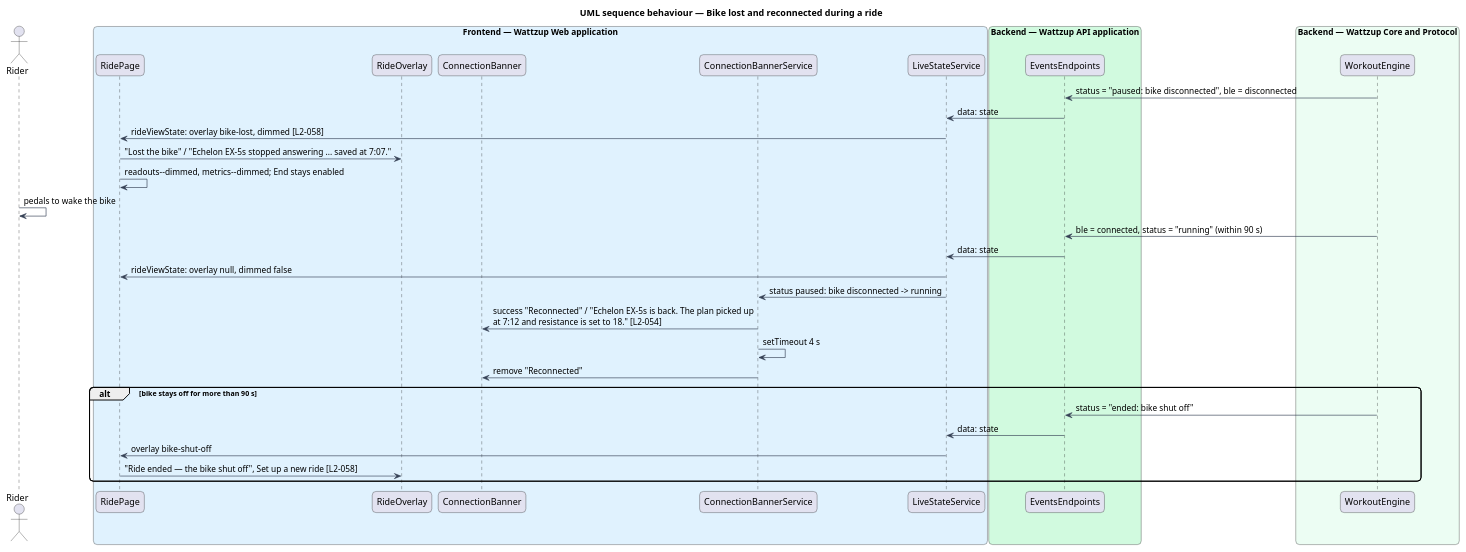
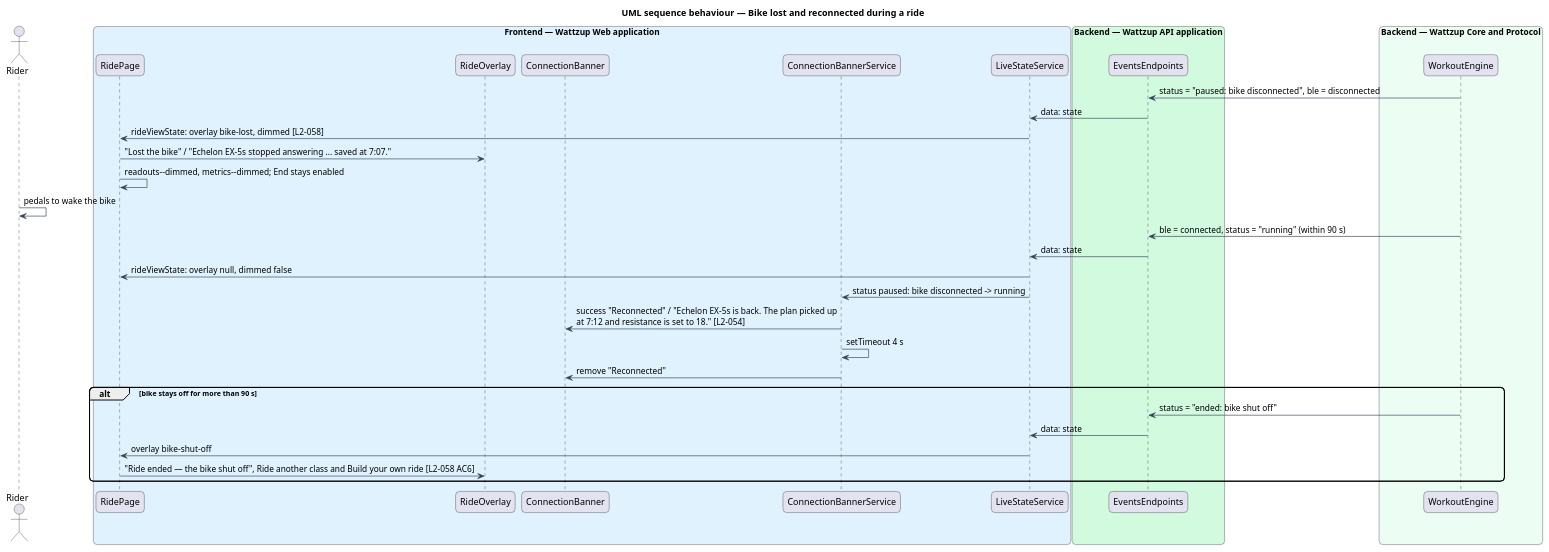
One commit to QuinntyneBrown/ride-one changed the diagram in docs/detailed-designs/dashboard/show-connection-status/diagrams/sequence-bike-lost-and-reconnected.puml. Above: the diagram before and after it, drawn with PlantUML. The commit also changed 47 other files, not shown here.

```diff
--- a/docs/detailed-designs/dashboard/show-connection-status/diagrams/sequence-bike-lost-and-reconnected.puml
+++ b/docs/detailed-designs/dashboard/show-connection-status/diagrams/sequence-bike-lost-and-reconnected.puml
@@ -1,42 +1,42 @@
 @startuml
 title UML sequence behaviour — Bike lost and reconnected during a ride
 skinparam backgroundColor #FFFFFF
 skinparam shadowing false
 skinparam roundcorner 12
 skinparam defaultFontName Arial
 skinparam ArrowColor #344054
 actor "Rider" as rider
 box "Frontend — Wattzup Web application" #E0F2FE
   participant "RidePage" as page
   participant "RideOverlay" as overlay
   participant "ConnectionBanner" as banner
   participant "ConnectionBannerService" as banners
   participant "LiveStateService" as live
 end box
 box "Backend — Wattzup API application" #D1FADF
   participant "EventsEndpoints" as ep
 end box
 box "Backend — Wattzup Core and Protocol" #ECFDF3
   participant "WorkoutEngine" as engine
 end box
 
 engine -> ep : status = "paused: bike disconnected", ble = disconnected
 ep -> live : data: state
 live -> page : rideViewState: overlay bike-lost, dimmed [L2-058]
 page -> overlay : "Lost the bike" / "Echelon EX-5s stopped answering ... saved at 7:07."
 page -> page : readouts~--dimmed, metrics~--dimmed; End stays enabled
 rider -> rider : pedals to wake the bike
 engine -> ep : ble = connected, status = "running" (within 90 s)
 ep -> live : data: state
 live -> page : rideViewState: overlay null, dimmed false
 live -> banners : status paused: bike disconnected -> running
 banners -> banner : success "Reconnected" / "Echelon EX-5s is back. The plan picked up\nat 7:12 and resistance is set to 18." [L2-054]
 banners -> banners : setTimeout 4 s
 banners -> banner : remove "Reconnected"
 alt bike stays off for more than 90 s
   engine -> ep : status = "ended: bike shut off"
   ep -> live : data: state
   live -> page : overlay bike-shut-off
-  page -> overlay : "Ride ended — the bike shut off", Set up a new ride [L2-058]
+  page -> overlay : "Ride ended — the bike shut off", Ride another class and Build your own ride [L2-058 AC6]
 end
 @enduml
```
